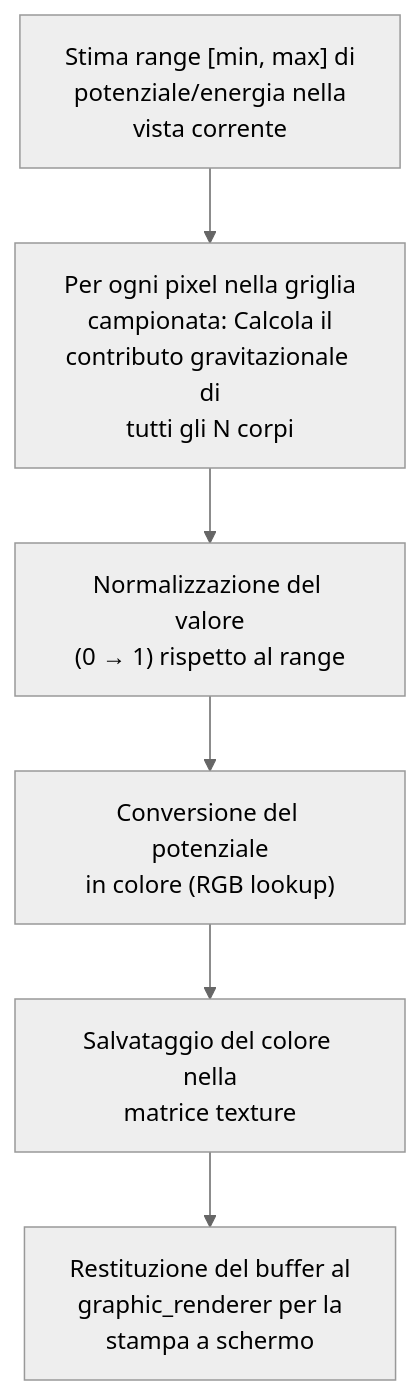
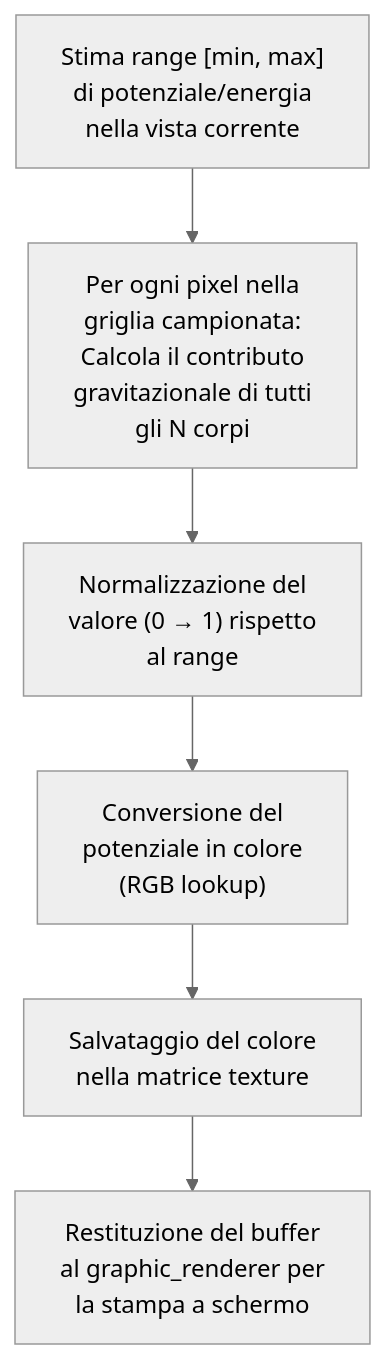
One commit to alessandro-pioli/AstroCausal_Engine changed the fifth of 11 diagrams in ARCHITECTURE_DEEP_DIVE.it.md. Above: the diagram before and after it, drawn with Mermaid (neutral theme). The commit also changed other lines of this file and 2 other files, not shown here.

````diff
--- a/ARCHITECTURE_DEEP_DIVE.it.md
+++ b/ARCHITECTURE_DEEP_DIVE.it.md
@@ -462,8 +460,8 @@
 ```mermaid
 flowchart TD
-    A["Stima range [min, max] di<br/>potenziale/energia nella<br/>vista corrente"] --> B["Per ogni pixel nella griglia<br/>campionata: Calcola il<br/>contributo gravitazionale di<br/>tutti gli N corpi"]
-    B --> C["Normalizzazione del valore<br/>(0 → 1) rispetto al range"]
-    C --> D["Conversione del potenziale<br/>in colore (RGB lookup)"]
-    D --> E["Salvataggio del colore nella<br/>matrice texture"]
-    E --> F["Restituzione del buffer al<br/>graphic_renderer per la<br/>stampa a schermo"]
+    A["Stima range [min, max]<br/>di potenziale/energia<br/>nella vista corrente"] --> B["Per ogni pixel nella<br/>griglia campionata:<br/>Calcola il contributo<br/>gravitazionale di tutti<br/>gli N corpi"]
+    B --> C["Normalizzazione del<br/>valore (0 → 1) rispetto<br/>al range"]
+    C --> D["Conversione del<br/>potenziale in colore<br/>(RGB lookup)"]
+    D --> E["Salvataggio del colore<br/>nella matrice texture"]
+    E --> F["Restituzione del buffer<br/>al graphic_renderer per<br/>la stampa a schermo"]
 ```
````
